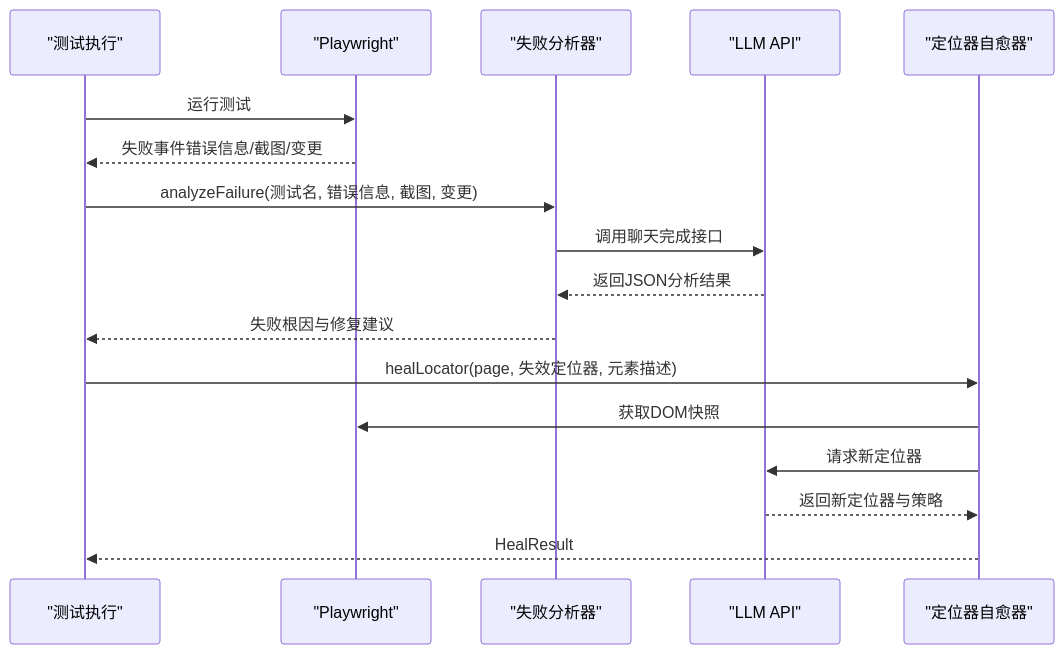
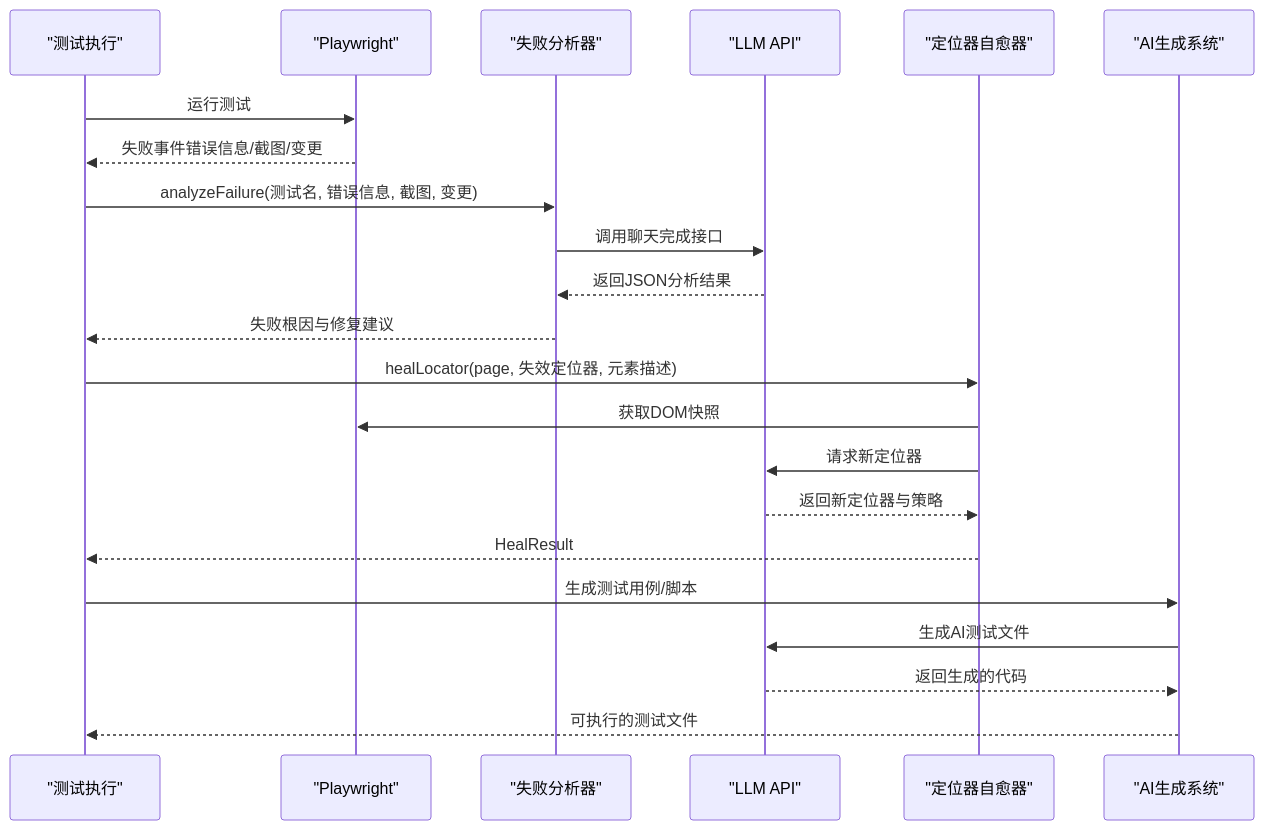
Before and after one commit to zzgoviziwind/--playwright: the second of 6 diagrams in .qoder/repowiki/zh/content/AI测试生成系统/AI失败分析工具.md, drawn with Mermaid. The commit also changed other lines of this file and 112 other files, not shown here.

````diff
--- a/.qoder/repowiki/zh/content/AI测试生成系统/AI失败分析工具.md
+++ b/.qoder/repowiki/zh/content/AI测试生成系统/AI失败分析工具.md
@@ -113,19 +125,24 @@
 ```mermaid
 sequenceDiagram
 participant T as "测试执行"
 participant P as "Playwright"
 participant FA as "失败分析器"
 participant LLM as "LLM API"
 participant LH as "定位器自愈器"
+participant PG as "AI生成系统"
 T->>P : 运行测试
 P-->>T : 失败事件错误信息/截图/变更
 T->>FA : analyzeFailure(测试名, 错误信息, 截图, 变更)
 FA->>LLM : 调用聊天完成接口
 LLM-->>FA : 返回JSON分析结果
 FA-->>T : 失败根因与修复建议
 T->>LH : healLocator(page, 失效定位器, 元素描述)
 LH->>P : 获取DOM快照
 LH->>LLM : 请求新定位器
 LLM-->>LH : 返回新定位器与策略
 LH-->>T : HealResult
+T->>PG : 生成测试用例/脚本
+PG->>LLM : 生成AI测试文件
+LLM-->>PG : 返回生成的代码
+PG-->>T : 可执行的测试文件
 ```
````
